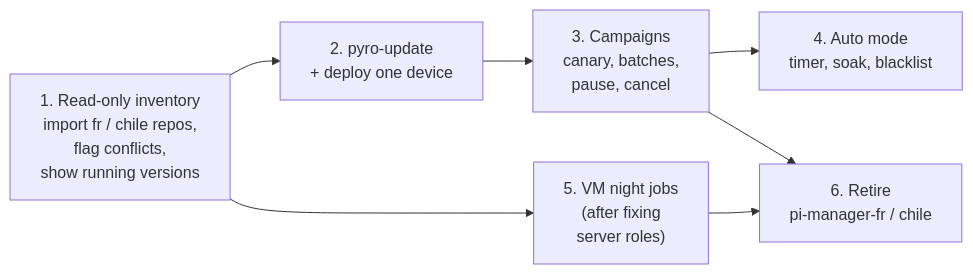
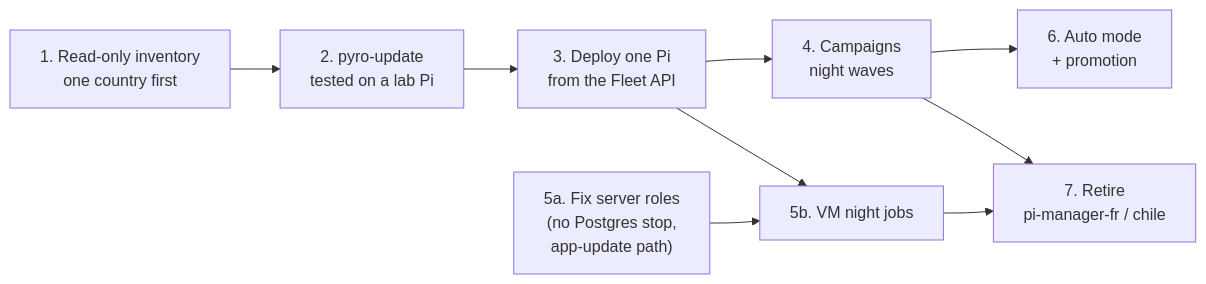
Before and after one commit to pyronear/pi-manager-template: diagram 13 of 13 in docs/ADR/fleet-api.md, drawn with Mermaid. The commit also changed other lines of this file, not shown here.

````diff
--- a/docs/ADR/fleet-api.md
+++ b/docs/ADR/fleet-api.md
@@ -411,13 +562,16 @@
 ```mermaid
 flowchart LR
-    S1["1. Read-only inventory<br/>import fr / chile repos,<br/>flag conflicts,<br/>show running versions"]
-    S2["2. pyro-update<br/>+ deploy one device"]
-    S3["3. Campaigns<br/>canary, batches,<br/>pause, cancel"]
-    S4["4. Auto mode<br/>timer, soak, blacklist"]
-    S5["5. VM night jobs<br/>(after fixing<br/>server roles)"]
-    S6["6. Retire<br/>pi-manager-fr / chile"]
-    S1 --> S2 --> S3 --> S4
-    S1 --> S5
-    S3 --> S6
-    S5 --> S6
+    S1["1. Read-only inventory<br/>one country first"]
+    S2["2. pyro-update<br/>tested on a lab Pi"]
+    S3["3. Deploy one Pi<br/>from the Fleet API"]
+    S4["4. Campaigns<br/>night waves"]
+    S5a["5a. Fix server roles<br/>(no Postgres stop,<br/>app-update path)"]
+    S5b["5b. VM night jobs"]
+    S6["6. Auto mode<br/>+ promotion"]
+    S7["7. Retire<br/>pi-manager-fr / chile"]
+    S1 --> S2 --> S3 --> S4 --> S6
+    S5a --> S5b
+    S3 --> S5b
+    S4 --> S7
+    S5b --> S7
 ```
````
